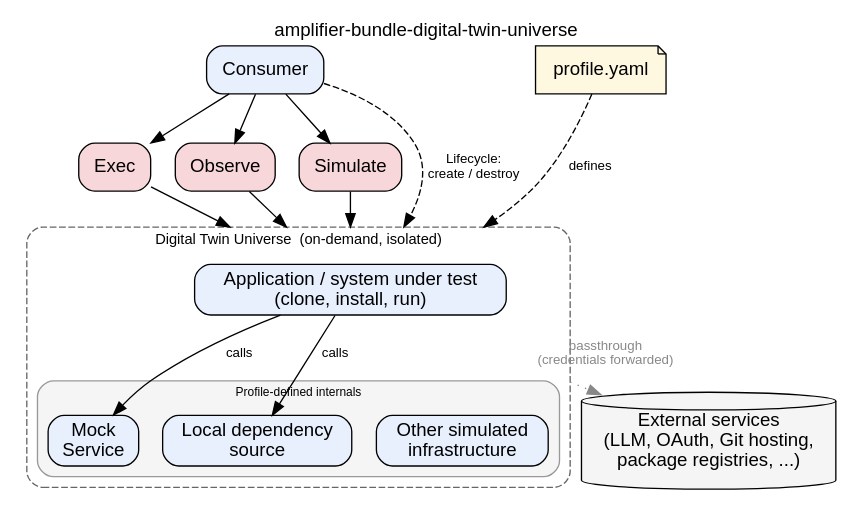
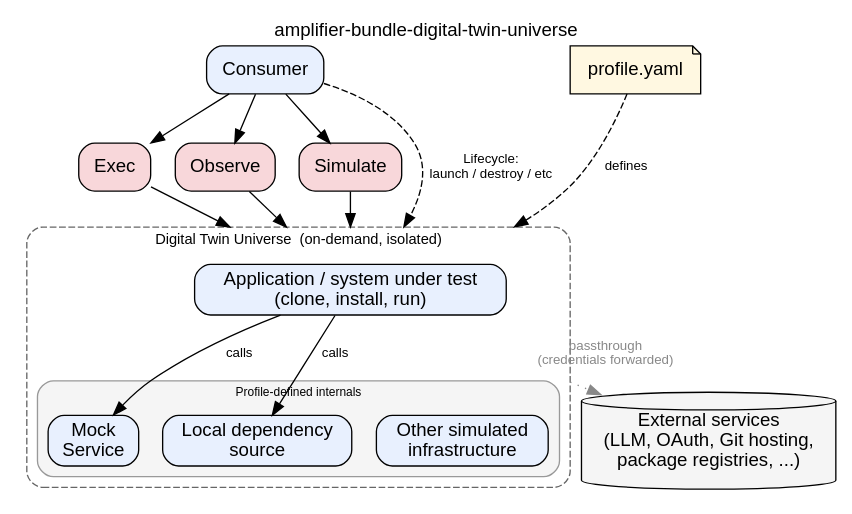
One commit to microsoft/amplifier-bundle-digital-twin-universe changed the diagram in docs/amplifier-dtu-architecture.dot. Above: the diagram before and after it, drawn with Graphviz. The commit also changed 12 other files, not shown here.

```diff
--- a/docs/amplifier-dtu-architecture.dot
+++ b/docs/amplifier-dtu-architecture.dot
@@ -1,67 +1,67 @@
 digraph dtu_architecture {
     rankdir=TB
     label="amplifier-bundle-digital-twin-universe"
     labelloc=t
     fontname="Helvetica"
     fontsize=14
     compound=true
     node [shape=box, style="rounded,filled", fillcolor="#e8f0fe", fontname="Helvetica"]
     edge [fontname="Helvetica", fontsize=10]
 
     consumer [label="Consumer"]
     profile [label="profile.yaml", shape=note, fillcolor="#fff8e1"]
     exec_box [label="Exec", fillcolor="#f8d7da"]
     observe_box [label="Observe", fillcolor="#f8d7da"]
     simulate_box [label="Simulate", fillcolor="#f8d7da"]
 
     subgraph cluster_dtu {
         label="Digital Twin Universe  (on-demand, isolated)"
         style="rounded,dashed"
         color="#666666"
         fontname="Helvetica"
         fontsize=11
 
         app [label="Application / system under test\n(clone, install, run)"]
 
         subgraph cluster_catalog {
             label="Profile-defined internals"
             style="rounded,filled"
             color="#999999"
             fillcolor="#f5f5f5"
             fontname="Helvetica"
             fontsize=9
 
             svc_a [label="Mock\nService"]
             svc_b [label="Local dependency\nsource"]
             svc_c [label="Other simulated\ninfrastructure"]
             { rank=same; svc_a; svc_b; svc_c }
         }
 
         app [ordering=out]
         app -> svc_a [label="calls"]
         app -> svc_b [label="calls"]
         app -> svc_c [style=invis]
     }
 
     external [label="External services\n(LLM, OAuth, Git hosting,\npackage registries, ...)", shape=cylinder, fillcolor="#f5f5f5"]
 
     { rank=same; consumer; profile }
     { rank=same; exec_box; observe_box; simulate_box }
 
     // Profile defines what the DTU contains
     profile -> app [label="defines", style=dashed, lhead=cluster_dtu]
 
     // Meta: lifecycle management (targets DTU cluster boundary)
-    consumer -> app [label="Lifecycle:\ncreate / destroy", style=dashed, lhead=cluster_dtu]
+    consumer -> app [label="Lifecycle:\nlaunch / destroy / etc", style=dashed, lhead=cluster_dtu]
 
     // Simulation: consumer interacts with DTU like a real user
     consumer -> exec_box
     consumer -> observe_box
     consumer -> simulate_box
     exec_box -> app [lhead=cluster_dtu]
     observe_box -> app [lhead=cluster_dtu]
     simulate_box -> app [lhead=cluster_dtu]
 
     // Passthrough: the environment can reach external services when allowed
     app -> external [label="passthrough\n(credentials forwarded)", style=dotted, color="#888888", fontcolor="#888888", ltail=cluster_dtu]
 }
```
